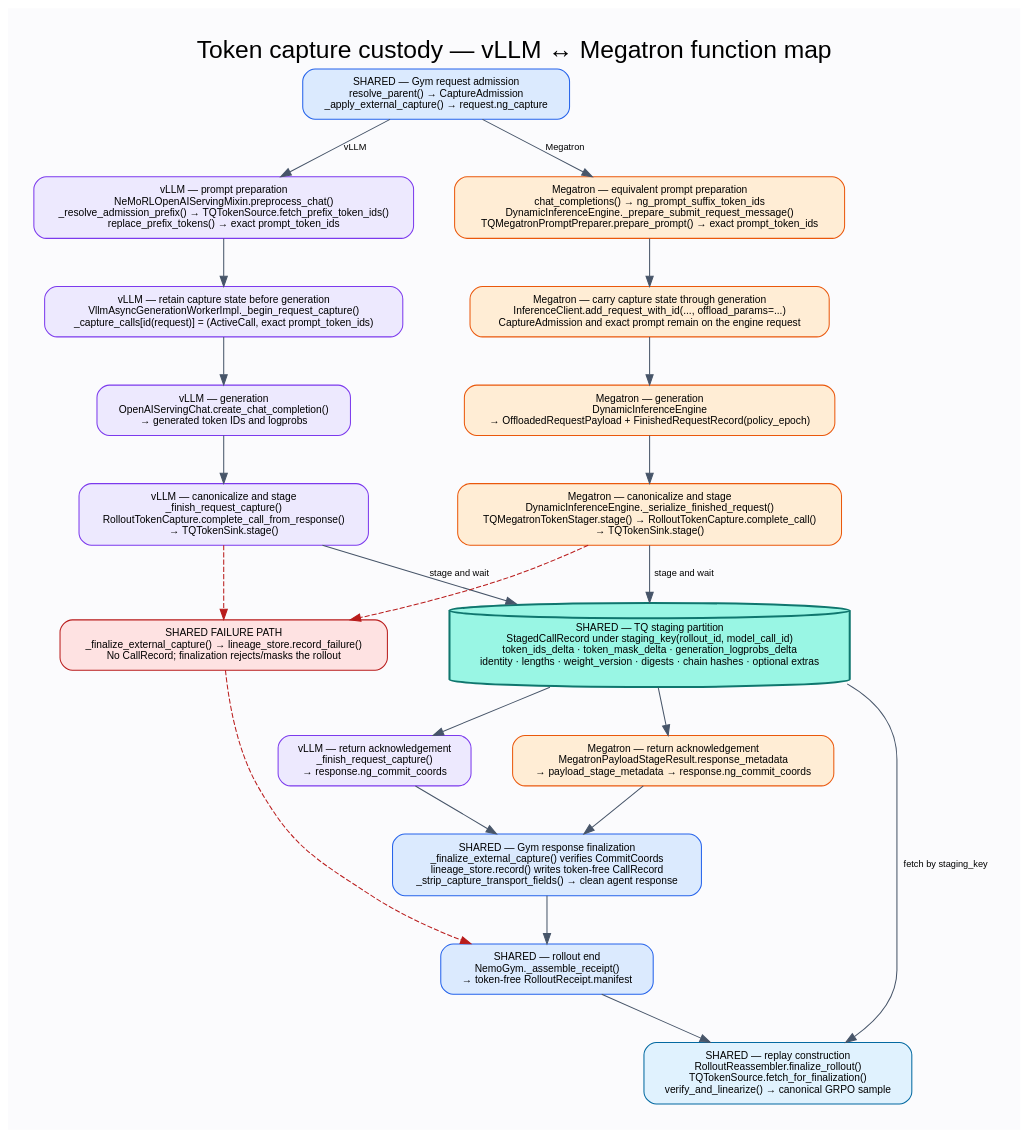
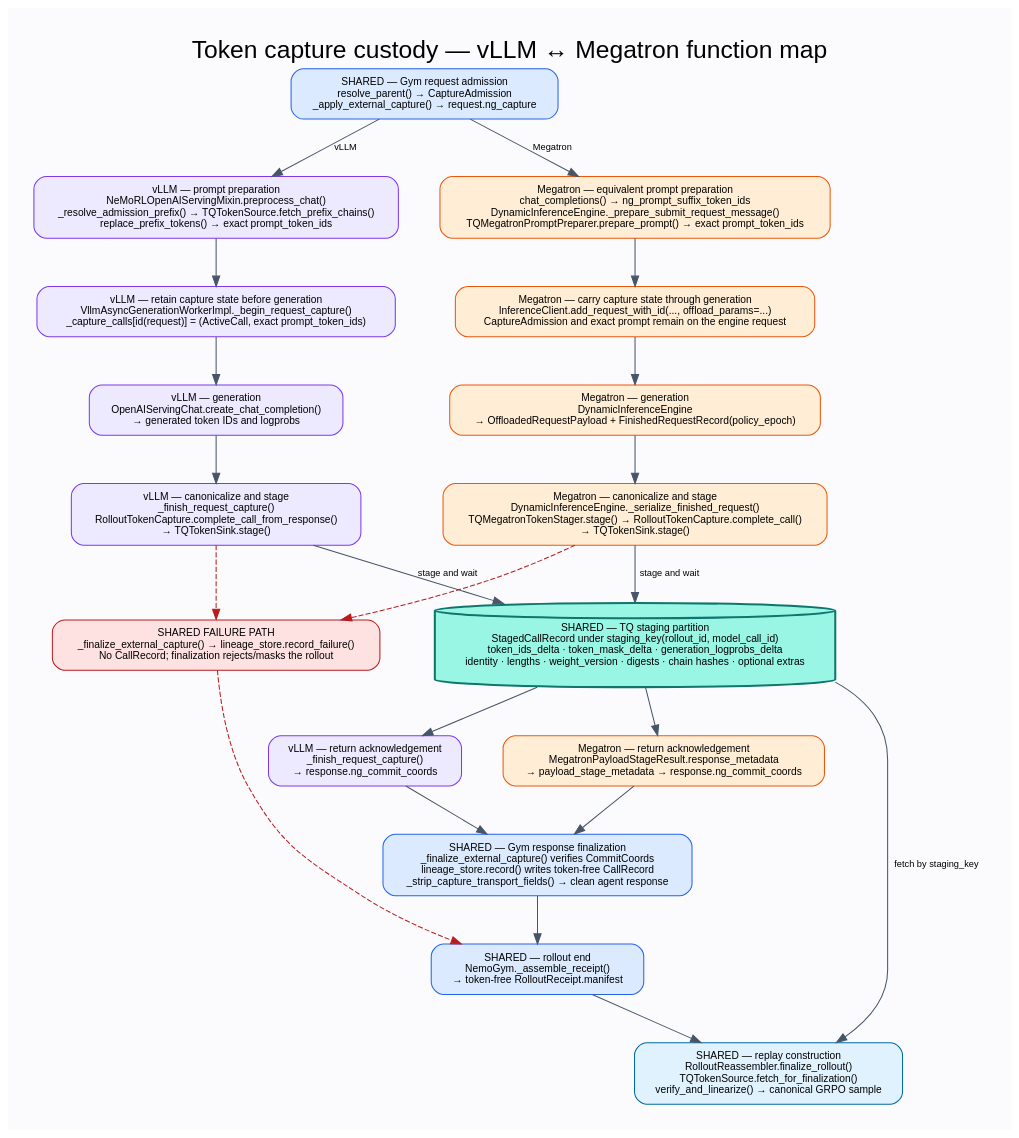
One commit to NVIDIA-NeMo/RL changed the diagram in docs/assets/token-capture-ledger-queue-data-flow.dot. Above: the diagram before and after it, drawn with Graphviz. The commit also changed 4 other files, not shown here.

First line of the commit message:
refactor(token-capture): share the media item rule and drop the dead prefix reader

```diff
--- a/docs/assets/token-capture-ledger-queue-data-flow.dot
+++ b/docs/assets/token-capture-ledger-queue-data-flow.dot
@@ -1,153 +1,153 @@
 digraph token_capture_flow {
   graph [
     rankdir=TB,
     bgcolor="#fbfbfd",
     pad="0.35",
     nodesep="0.55",
     ranksep="0.62",
     fontname="Helvetica",
     labelloc="t",
     label="Token capture custody — vLLM ↔ Megatron function map",
     fontsize=24
   ];
 
   node [
     shape=box,
     style="rounded,filled",
     fillcolor="white",
     color="#475569",
     fontname="Helvetica",
     fontsize=10,
     margin="0.16,0.11"
   ];
   edge [color="#475569", fontname="Helvetica", fontsize=9];
 
   gym_admit [
     color="#2563eb",
     fillcolor="#dbeafe",
     label="SHARED — Gym request admission\nresolve_parent() → CaptureAdmission\n_apply_external_capture() → request.ng_capture"
   ];
 
   vllm_prepare [
     group="left",
     color="#7c3aed",
     fillcolor="#ede9fe",
-    label="vLLM — prompt preparation\nNeMoRLOpenAIServingMixin.preprocess_chat()\n_resolve_admission_prefix() → TQTokenSource.fetch_prefix_token_ids()\nreplace_prefix_tokens() → exact prompt_token_ids"
+    label="vLLM — prompt preparation\nNeMoRLOpenAIServingMixin.preprocess_chat()\n_resolve_admission_prefix() → TQTokenSource.fetch_prefix_chains()\nreplace_prefix_tokens() → exact prompt_token_ids"
   ];
   megatron_prepare [
     group="right",
     color="#ea580c",
     fillcolor="#ffedd5",
     label="Megatron — equivalent prompt preparation\nchat_completions() → ng_prompt_suffix_token_ids\nDynamicInferenceEngine._prepare_submit_request_message()\nTQMegatronPromptPreparer.prepare_prompt() → exact prompt_token_ids"
   ];
 
   vllm_admit [
     group="left",
     color="#7c3aed",
     fillcolor="#ede9fe",
     label="vLLM — retain capture state before generation\nVllmAsyncGenerationWorkerImpl._begin_request_capture()\n_capture_calls[id(request)] = (ActiveCall, exact prompt_token_ids)"
   ];
   megatron_admit [
     group="right",
     color="#ea580c",
     fillcolor="#ffedd5",
     label="Megatron — carry capture state through generation\nInferenceClient.add_request_with_id(..., offload_params=...)\nCaptureAdmission and exact prompt remain on the engine request"
   ];
 
   vllm_generate [
     group="left",
     color="#7c3aed",
     fillcolor="#ede9fe",
     label="vLLM — generation\nOpenAIServingChat.create_chat_completion()\n→ generated token IDs and logprobs"
   ];
   megatron_generate [
     group="right",
     color="#ea580c",
     fillcolor="#ffedd5",
     label="Megatron — generation\nDynamicInferenceEngine\n→ OffloadedRequestPayload + FinishedRequestRecord(policy_epoch)"
   ];
 
   vllm_capture [
     group="left",
     color="#7c3aed",
     fillcolor="#ede9fe",
     label="vLLM — canonicalize and stage\n_finish_request_capture()\nRolloutTokenCapture.complete_call_from_response()\n→ TQTokenSink.stage()"
   ];
   megatron_capture [
     group="right",
     color="#ea580c",
     fillcolor="#ffedd5",
     label="Megatron — canonicalize and stage\nDynamicInferenceEngine._serialize_finished_request()\nTQMegatronTokenStager.stage() → RolloutTokenCapture.complete_call()\n→ TQTokenSink.stage()"
   ];
 
   tq_staging [
     shape=cylinder,
     color="#0f766e",
     fillcolor="#99f6e4",
     penwidth=2,
     label="SHARED — TQ staging partition\nStagedCallRecord under staging_key(rollout_id, model_call_id)\ntoken_ids_delta · token_mask_delta · generation_logprobs_delta\nidentity · lengths · weight_version · digests · chain hashes · optional extras"
   ];
 
   vllm_coords [
     group="left",
     color="#7c3aed",
     fillcolor="#ede9fe",
     label="vLLM — return acknowledgement\n_finish_request_capture()\n→ response.ng_commit_coords"
   ];
   megatron_coords [
     group="right",
     color="#ea580c",
     fillcolor="#ffedd5",
     label="Megatron — return acknowledgement\nMegatronPayloadStageResult.response_metadata\n→ payload_stage_metadata → response.ng_commit_coords"
   ];
 
   gym_commit [
     color="#2563eb",
     fillcolor="#dbeafe",
     label="SHARED — Gym response finalization\n_finalize_external_capture() verifies CommitCoords\nlineage_store.record() writes token-free CallRecord\n_strip_capture_transport_fields() → clean agent response"
   ];
 
   capture_failure [
     color="#b91c1c",
     fillcolor="#fee2e2",
     label="SHARED FAILURE PATH\n_finalize_external_capture() → lineage_store.record_failure()\nNo CallRecord; finalization rejects/masks the rollout"
   ];
 
   receipt [
     color="#2563eb",
     fillcolor="#dbeafe",
     label="SHARED — rollout end\nNemoGym._assemble_receipt()\n→ token-free RolloutReceipt.manifest"
   ];
 
   finalizer [
     color="#0369a1",
     fillcolor="#e0f2fe",
     label="SHARED — replay construction\nRolloutReassembler.finalize_rollout()\nTQTokenSource.fetch_for_finalization()\nverify_and_linearize() → canonical GRPO sample"
   ];
 
   gym_admit -> vllm_prepare [label="vLLM"];
   gym_admit -> megatron_prepare [label="Megatron"];
   vllm_prepare -> vllm_admit;
   megatron_prepare -> megatron_admit;
   vllm_admit -> vllm_generate;
   megatron_admit -> megatron_generate;
   vllm_generate -> vllm_capture;
   megatron_generate -> megatron_capture;
   vllm_capture -> tq_staging [label="stage and wait"];
   megatron_capture -> tq_staging [label="stage and wait"];
   tq_staging -> vllm_coords;
   tq_staging -> megatron_coords;
   vllm_coords -> gym_commit;
   megatron_coords -> gym_commit;
   vllm_capture -> capture_failure [style=dashed, color="#b91c1c"];
   megatron_capture -> capture_failure [style=dashed, color="#b91c1c"];
   gym_commit -> receipt;
   capture_failure -> receipt [style=dashed, color="#b91c1c"];
   receipt -> finalizer;
   finalizer -> tq_staging [label="fetch by staging_key", dir=back];
   { rank=same; vllm_prepare; megatron_prepare; }
   { rank=same; vllm_admit; megatron_admit; }
   { rank=same; vllm_generate; megatron_generate; }
   { rank=same; vllm_capture; megatron_capture; }
   { rank=same; vllm_coords; megatron_coords; }
 }
```
